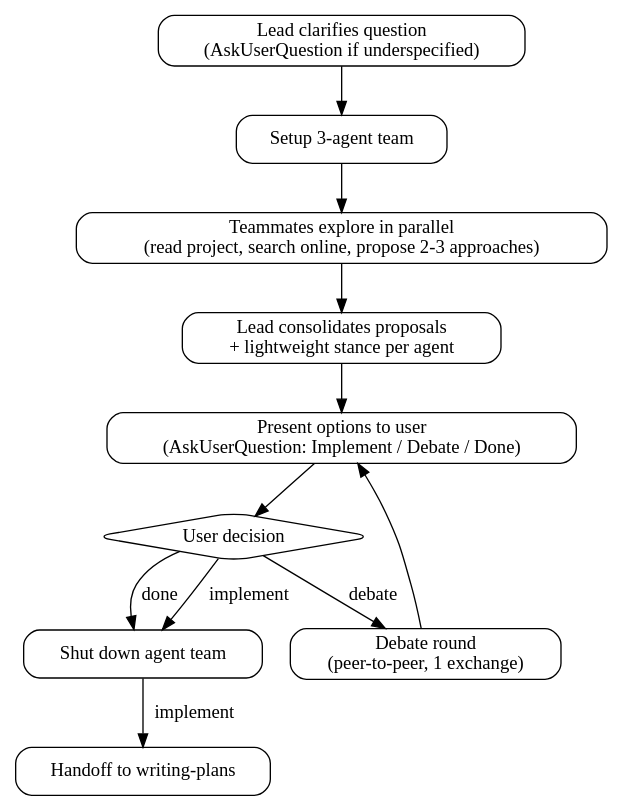
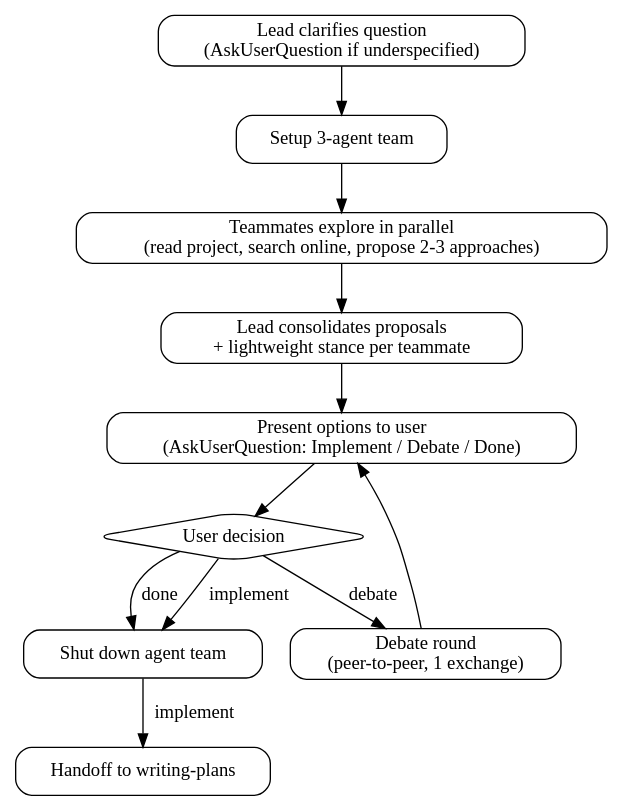
The diagram in skills/magi/SKILL.md (vinta/hal-9000), drawn with Graphviz before and after one commit. The commit also changed other lines of this file, not shown here.

````diff
--- a/skills/magi/SKILL.md
+++ b/skills/magi/SKILL.md
@@ -39,27 +39,27 @@
 ```dot
 digraph magi {
     rankdir=TB;
     node [shape=box, style=rounded];
 
     clarify [label="Lead clarifies question\n(AskUserQuestion if underspecified)"];
     setup [label="Setup 3-agent team"];
     explore [label="Teammates explore in parallel\n(read project, search online, propose 2-3 approaches)"];
-    consolidate [label="Lead consolidates proposals\n+ lightweight stance per agent"];
+    consolidate [label="Lead consolidates proposals\n+ lightweight stance per teammate"];
     present [label="Present options to user\n(AskUserQuestion: Implement / Debate / Done)"];
     decide [label="User decision" shape=diamond];
     debate [label="Debate round\n(peer-to-peer, 1 exchange)"];
     teardown [label="Shut down agent team"];
     handoff [label="Handoff to writing-plans"];
 
     clarify -> setup;
     setup -> explore;
     explore -> consolidate;
     consolidate -> present;
     present -> decide;
     decide -> debate [label="debate"];
     decide -> teardown [label="done"];
     decide -> teardown [label="implement"];
     teardown -> handoff [label="implement"];
     debate -> present;
 }
 ```
````
